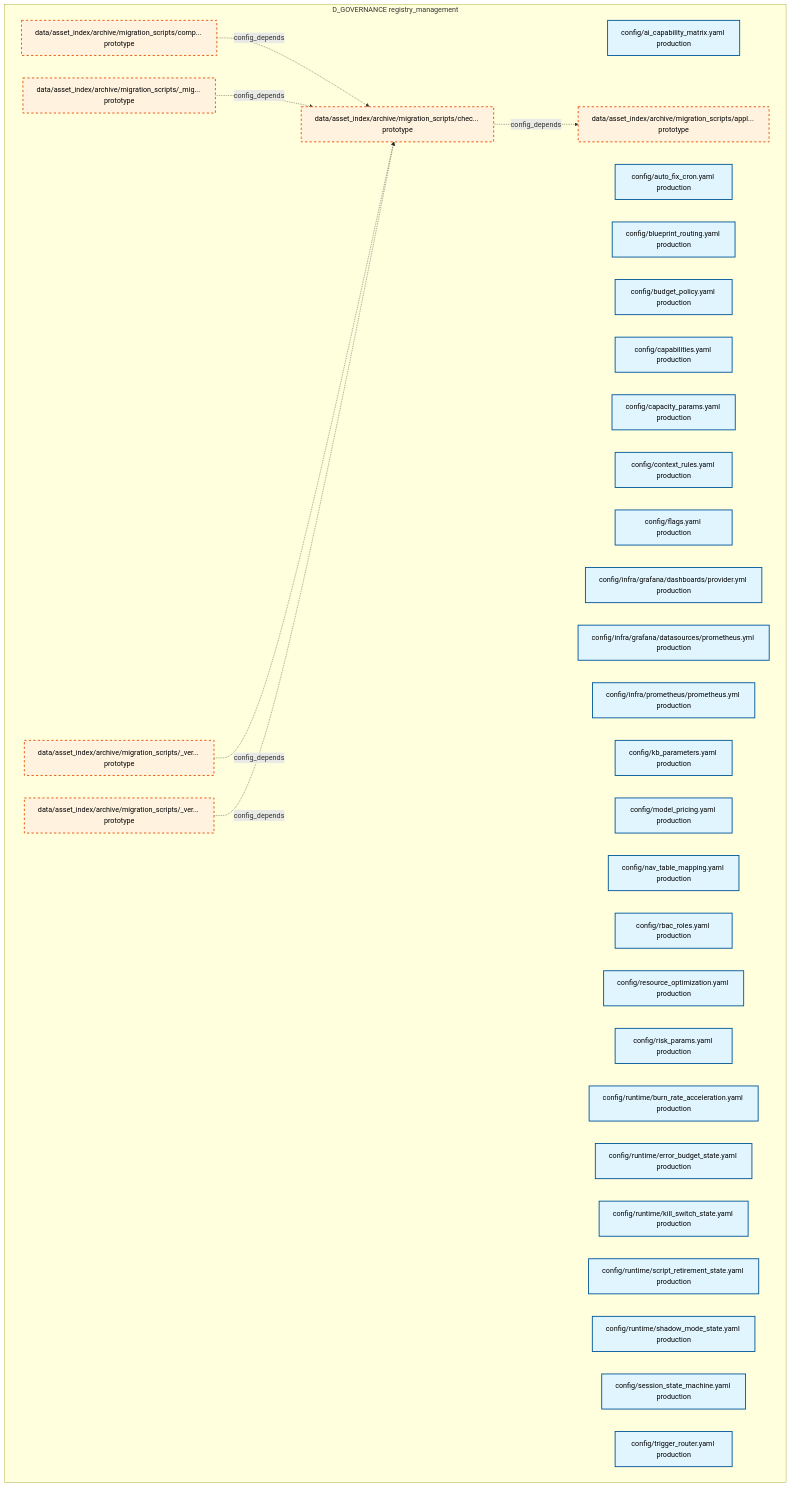
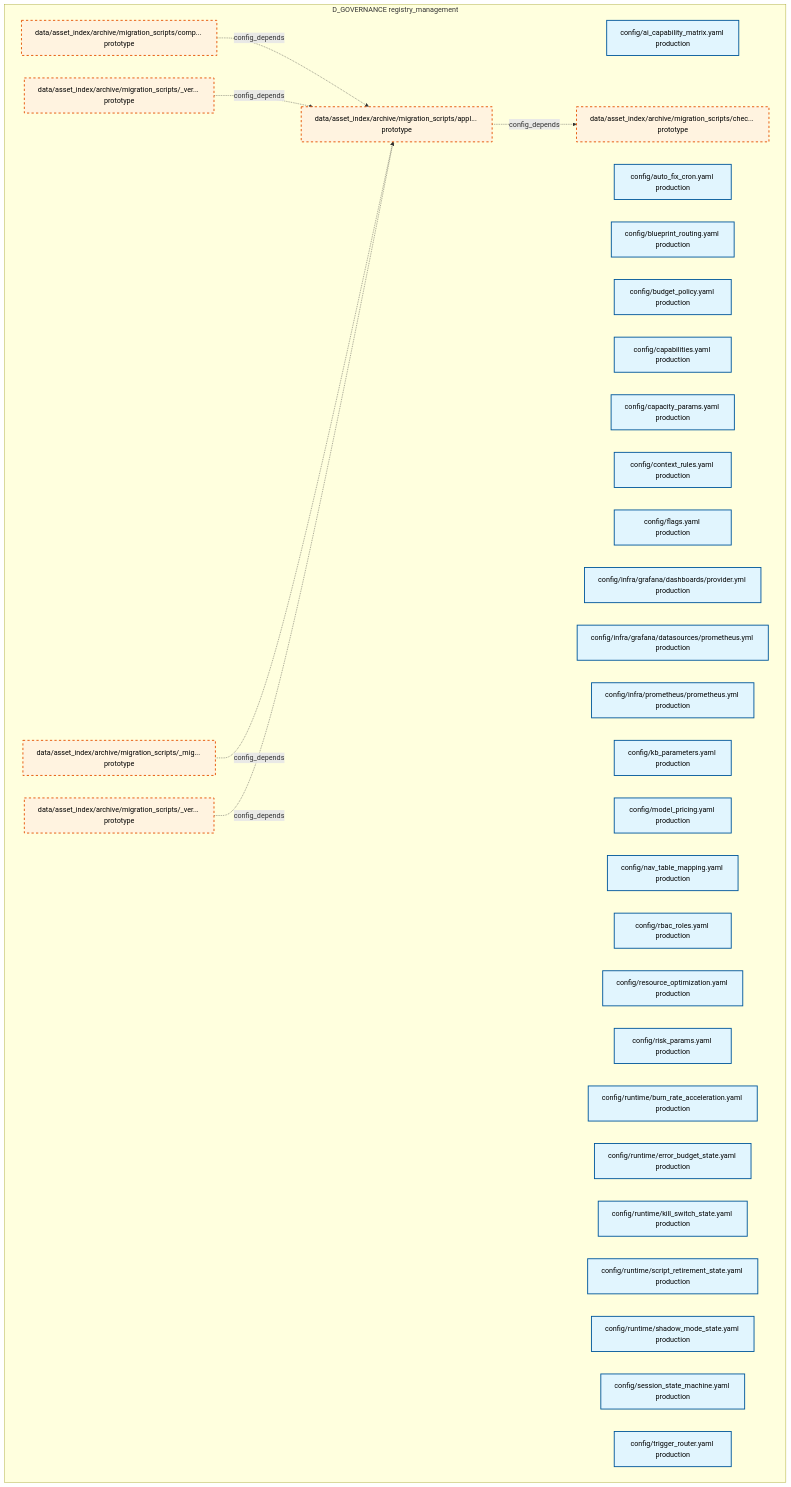
Before and after one commit to xuanFelixVan/ZephyrAlpha: the first of 29 diagrams in docs/02_enterprise_architecture/02_domain_architecture_docs/31_d_governance.md, drawn with Mermaid. The commit also changed other lines of this file and 99 other files, not shown here.

````diff
--- a/docs/02_enterprise_architecture/02_domain_architecture_docs/31_d_governance.md
+++ b/docs/02_enterprise_architecture/02_domain_architecture_docs/31_d_governance.md
@@ -49,46 +49,46 @@
 ```mermaid
 graph TD
     subgraph D_GOVERNANCE["D_GOVERNANCE registry_management"]
         config_ai_capability_matrix_yaml["config/ai_capability_matrix.yaml production"]
         config_auto_fix_cron_yaml["config/auto_fix_cron.yaml production"]
         config_blueprint_routing_yaml["config/blueprint_routing.yaml production"]
         config_budget_policy_yaml["config/budget_policy.yaml production"]
         config_capabilities_yaml["config/capabilities.yaml production"]
         config_capacity_params_yaml["config/capacity_params.yaml production"]
         config_context_rules_yaml["config/context_rules.yaml production"]
         config_flags_yaml["config/flags.yaml production"]
         config_infra_grafana_dashboards_provider_yml["config/infra/grafana/dashboards/provider.yml production"]
         config_infra_grafana_datasources_prometheus_yml["config/infra/grafana/datasources/prometheus.yml production"]
         config_infra_prometheus_prometheus_yml["config/infra/prometheus/prometheus.yml production"]
         config_kb_parameters_yaml["config/kb_parameters.yaml production"]
         config_model_pricing_yaml["config/model_pricing.yaml production"]
         config_nav_table_mapping_yaml["config/nav_table_mapping.yaml production"]
         config_rbac_roles_yaml["config/rbac_roles.yaml production"]
         config_resource_optimization_yaml["config/resource_optimization.yaml production"]
         config_risk_params_yaml["config/risk_params.yaml production"]
         config_runtime_burn_rate_acceleration_yaml["config/runtime/burn_rate_acceleration.yaml production"]
         config_runtime_error_budget_state_yaml["config/runtime/error_budget_state.yaml production"]
         config_runtime_kill_switch_state_yaml["config/runtime/kill_switch_state.yaml production"]
         config_runtime_script_retirement_state_yaml["config/runtime/script_retirement_state.yaml production"]
         config_runtime_shadow_mode_state_yaml["config/runtime/shadow_mode_state.yaml production"]
         config_session_state_machine_yaml["config/session_state_machine.yaml production"]
         config_trigger_router_yaml["config/trigger_router.yaml production"]
         data_asset_index_archive_migration_scripts_migration_shared_py["data/asset_index/archive/migration_scripts/_mig... prototype"]
         data_asset_index_archive_migration_scripts_verify_manifest_py["data/asset_index/archive/migration_scripts/_ver... prototype"]
         data_asset_index_archive_migration_scripts_verify_step4_py["data/asset_index/archive/migration_scripts/_ver... prototype"]
         data_asset_index_archive_migration_scripts_apply_rulings_py["data/asset_index/archive/migration_scripts/appl... prototype"]
         data_asset_index_archive_migration_scripts_check_coverage_py["data/asset_index/archive/migration_scripts/chec... prototype"]
         data_asset_index_archive_migration_scripts_comprehensive_import_fix_py["data/asset_index/archive/migration_scripts/comp... prototype"]
     end
-    data_asset_index_archive_migration_scripts_check_coverage_py -.->|config_depends| data_asset_index_archive_migration_scripts_apply_rulings_py
-    data_asset_index_archive_migration_scripts_comprehensive_import_fix_py -.->|config_depends| data_asset_index_archive_migration_scripts_check_coverage_py
-    data_asset_index_archive_migration_scripts_migration_shared_py -.->|config_depends| data_asset_index_archive_migration_scripts_check_coverage_py
-    data_asset_index_archive_migration_scripts_verify_manifest_py -.->|config_depends| data_asset_index_archive_migration_scripts_check_coverage_py
-    data_asset_index_archive_migration_scripts_verify_step4_py -.->|config_depends| data_asset_index_archive_migration_scripts_check_coverage_py
+    data_asset_index_archive_migration_scripts_apply_rulings_py -.->|config_depends| data_asset_index_archive_migration_scripts_check_coverage_py
+    data_asset_index_archive_migration_scripts_comprehensive_import_fix_py -.->|config_depends| data_asset_index_archive_migration_scripts_apply_rulings_py
+    data_asset_index_archive_migration_scripts_verify_step4_py -.->|config_depends| data_asset_index_archive_migration_scripts_apply_rulings_py
+    data_asset_index_archive_migration_scripts_migration_shared_py -.->|config_depends| data_asset_index_archive_migration_scripts_apply_rulings_py
+    data_asset_index_archive_migration_scripts_verify_manifest_py -.->|config_depends| data_asset_index_archive_migration_scripts_apply_rulings_py
     classDef production fill:#e1f5fe,stroke:#01579b,stroke-width:2px,color:#000
     classDef design fill:#fff3e0,stroke:#e65100,stroke-width:2px,color:#000,stroke-dasharray: 5 5
     classDef external_prod fill:#e8f5e9,stroke:#1b5e20,stroke-width:1px,color:#000
     classDef external_design fill:#fce4ec,stroke:#880e4f,stroke-width:1px,color:#000,stroke-dasharray: 5 5
     class config_ai_capability_matrix_yaml,config_auto_fix_cron_yaml,config_blueprint_routing_yaml,config_budget_policy_yaml,config_capabilities_yaml,config_capacity_params_yaml,config_context_rules_yaml,config_flags_yaml,config_infra_grafana_dashboards_provider_yml,config_infra_grafana_datasources_prometheus_yml,config_infra_prometheus_prometheus_yml,config_kb_parameters_yaml,config_model_pricing_yaml,config_nav_table_mapping_yaml,config_rbac_roles_yaml,config_resource_optimization_yaml,config_risk_params_yaml,config_runtime_burn_rate_acceleration_yaml,config_runtime_error_budget_state_yaml,config_runtime_kill_switch_state_yaml,config_runtime_script_retirement_state_yaml,config_runtime_shadow_mode_state_yaml,config_session_state_machine_yaml,config_trigger_router_yaml production
     class data_asset_index_archive_migration_scripts_migration_shared_py,data_asset_index_archive_migration_scripts_verify_manifest_py,data_asset_index_archive_migration_scripts_verify_step4_py,data_asset_index_archive_migration_scripts_apply_rulings_py,data_asset_index_archive_migration_scripts_check_coverage_py,data_asset_index_archive_migration_scripts_comprehensive_import_fix_py design
 ```
````
